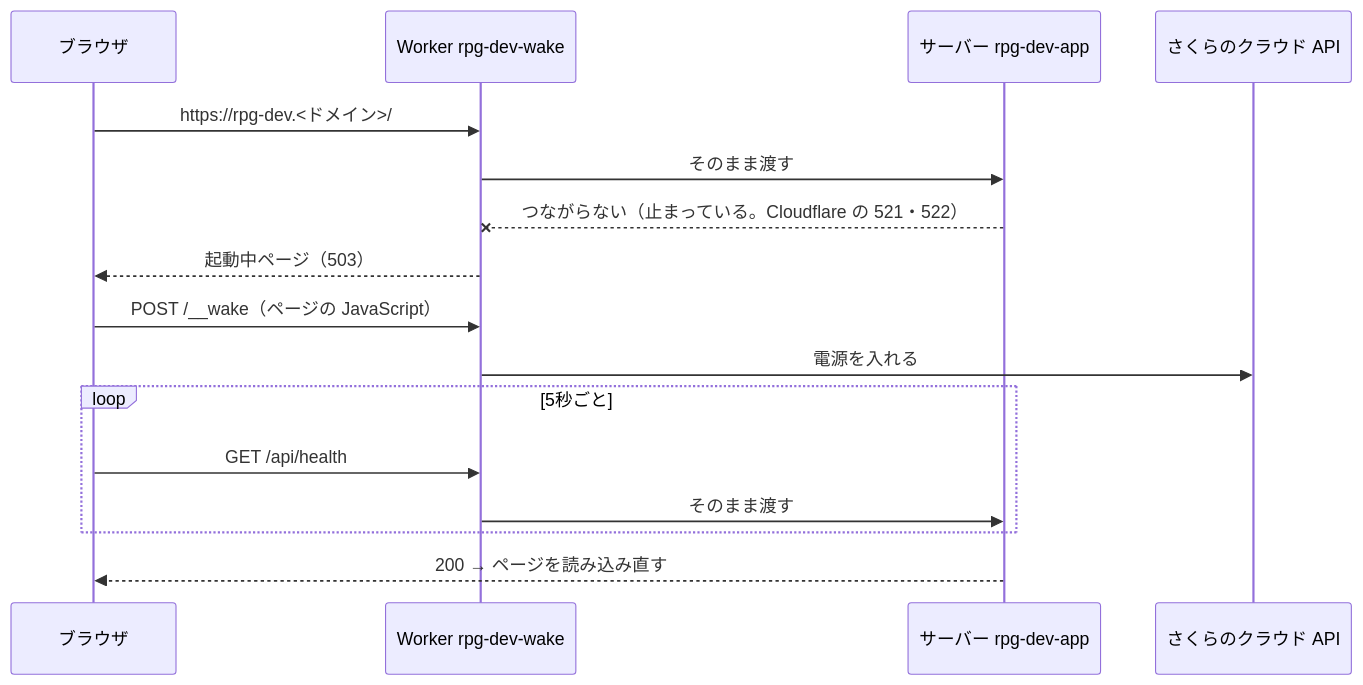
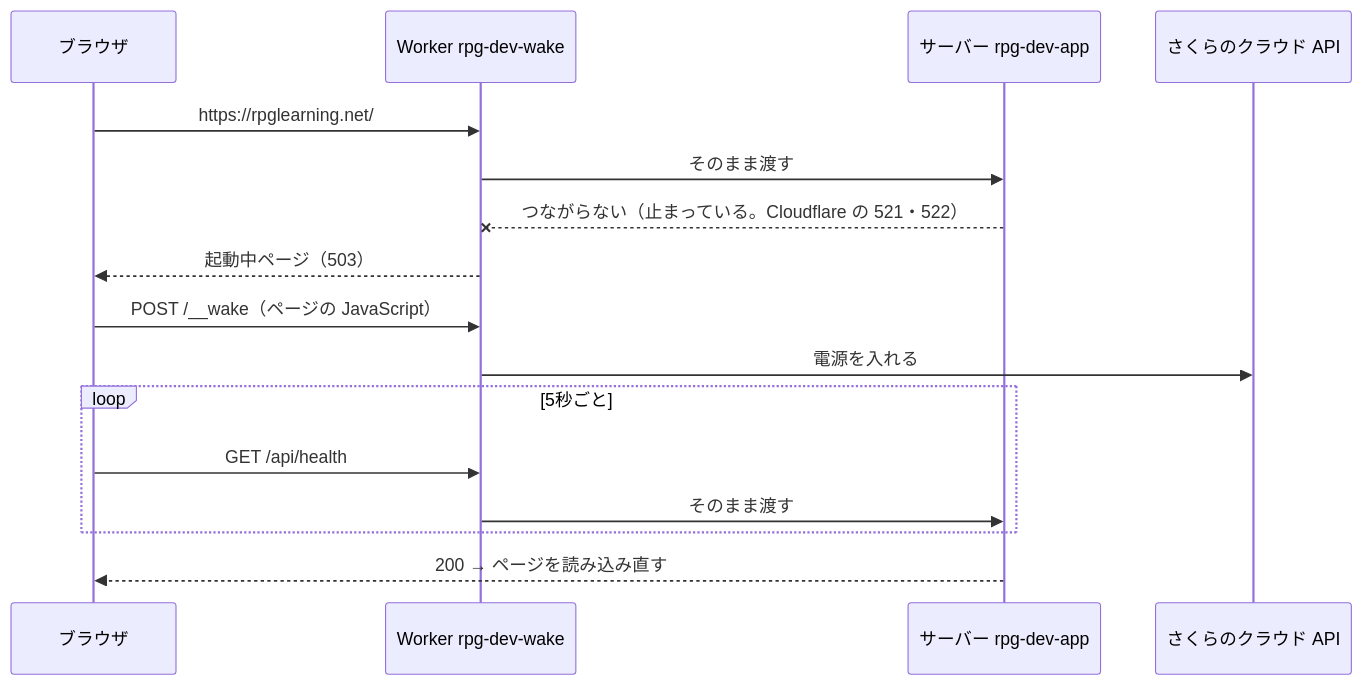
The sixth of 6 diagrams in documents/さくらのクラウド構築手順書_RPG学習アプリ.md (pocarialice/rpglearning), drawn with Mermaid before and after one commit. The commit also changed other lines of this file and 15 other files, not shown here.

First line of the commit message:
prod を凍結し、dev を本番として rpglearning.net で公開する

````diff
--- a/documents/さくらのクラウド構築手順書_RPG学習アプリ.md
+++ b/documents/さくらのクラウド構築手順書_RPG学習アプリ.md
@@ -734,18 +751,18 @@
 ```mermaid
 sequenceDiagram
   participant B as ブラウザ
   participant W as Worker rpg-dev-wake
   participant S as サーバー rpg-dev-app
   participant A as さくらのクラウド API
-  B->>W: https://rpg-dev.<ドメイン>/
+  B->>W: https://rpglearning.net/
   W->>S: そのまま渡す
   S--xW: つながらない（止まっている。Cloudflare の 521・522）
   W-->>B: 起動中ページ（503）
   B->>W: POST /__wake（ページの JavaScript）
   W->>A: 電源を入れる
   loop 5秒ごと
     B->>W: GET /api/health
     W->>S: そのまま渡す
   end
   S-->>B: 200 → ページを読み込み直す
 ```
````
